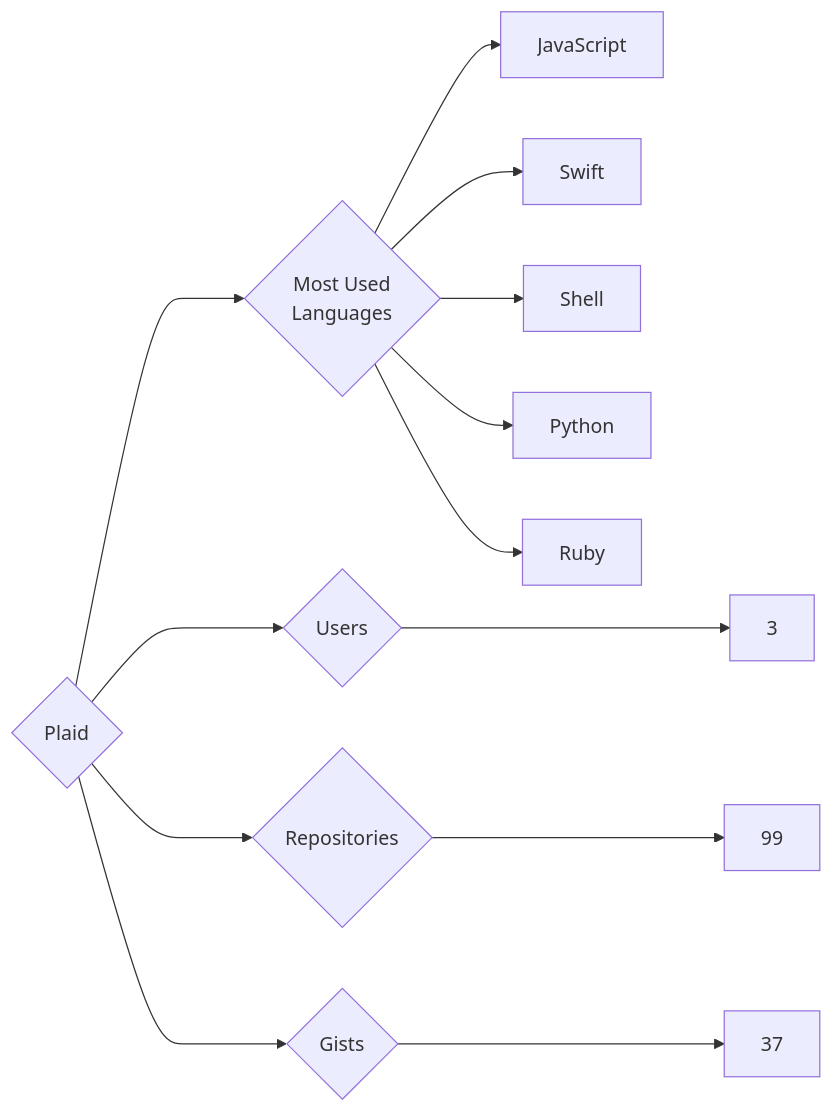
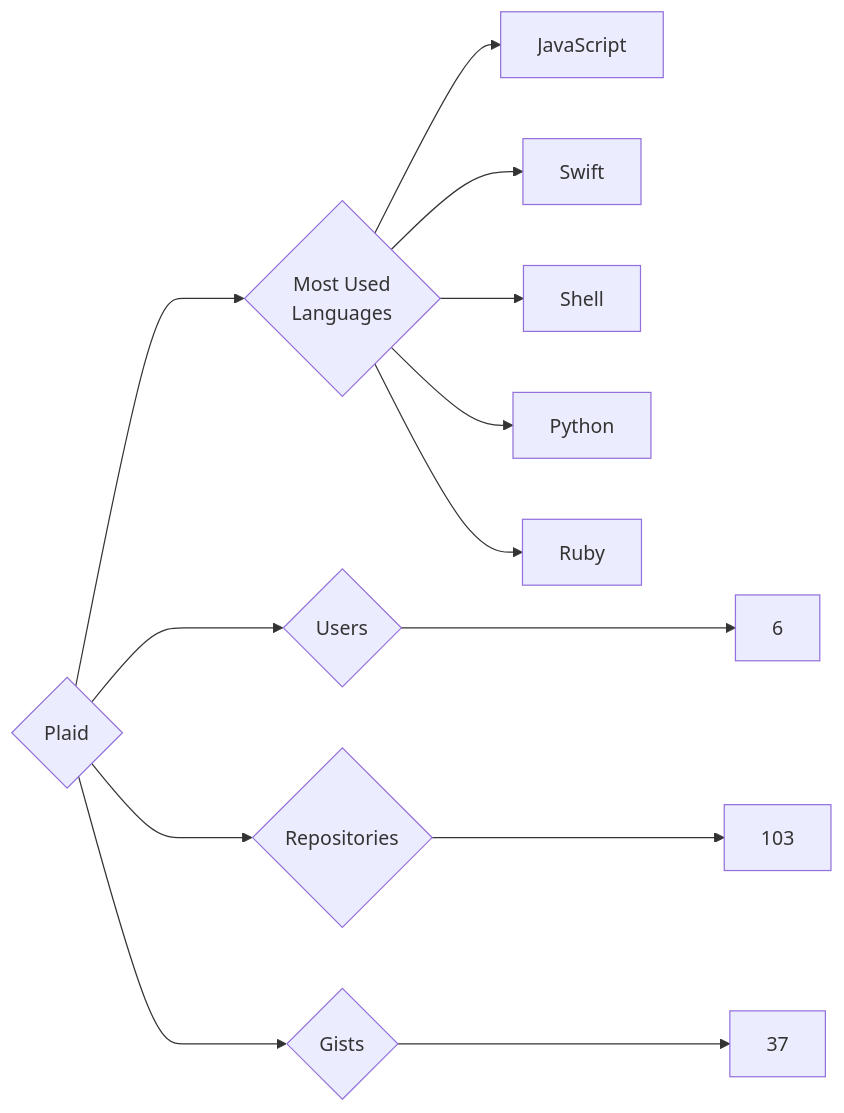
The diagram in targets/Plaid/README.md (trickest/insiders), drawn with Mermaid before and after one commit. The commit also changed 787 other files, not shown here.

````diff
--- a/targets/Plaid/README.md
+++ b/targets/Plaid/README.md
@@ -3,13 +3,13 @@
 ```mermaid
 graph LR
 COMPANY_NAME{Plaid}
-COMPANY_NAME ---> U{Users} ---> UN[3]
-COMPANY_NAME ---> R{Repositories} ---> RN[99]
+COMPANY_NAME ---> U{Users} ---> UN[6]
+COMPANY_NAME ---> R{Repositories} ---> RN[103]
 COMPANY_NAME ---> G{Gists} ---> GN[37]
 COMPANY_NAME ---> ML{Most Used<br>Languages}
 ML --> JavaScript[JavaScript]
 ML --> Swift[Swift]
 ML --> Shell[Shell]
 ML --> Python[Python]
 ML --> Ruby[Ruby]
 ```
````
